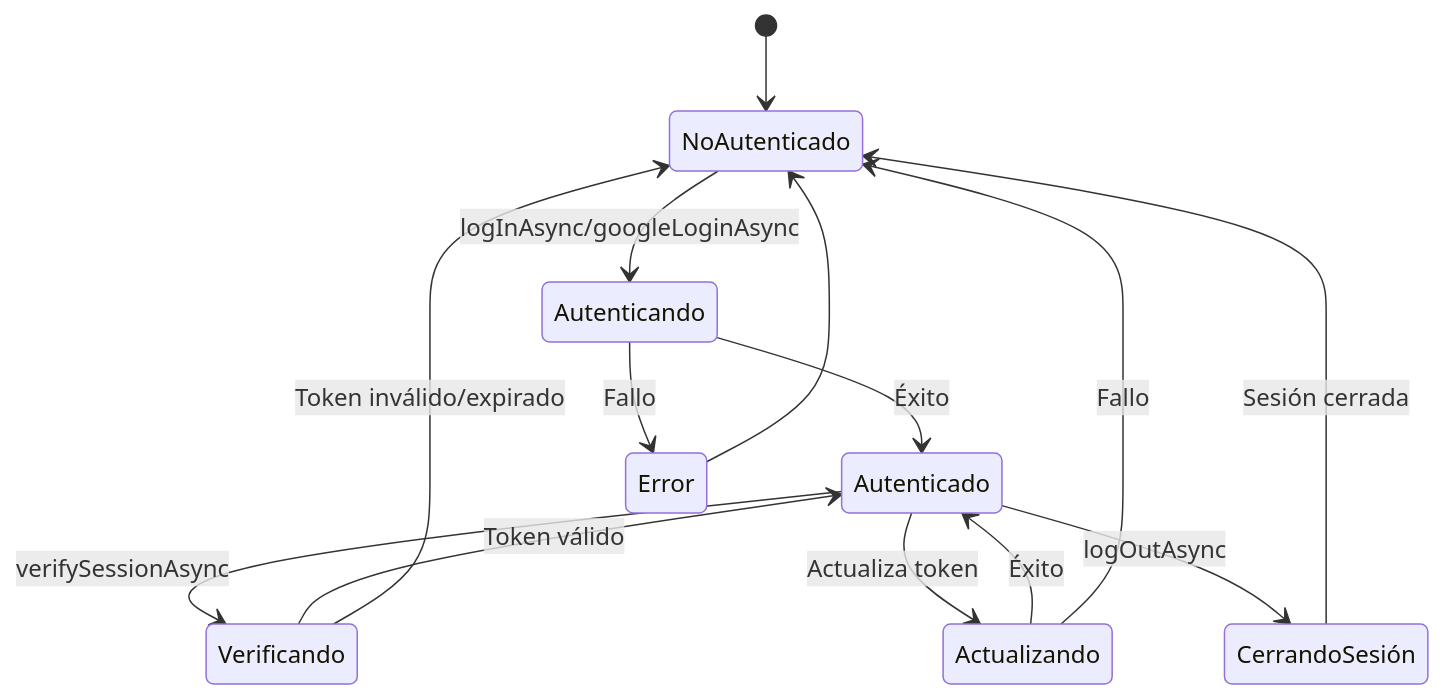
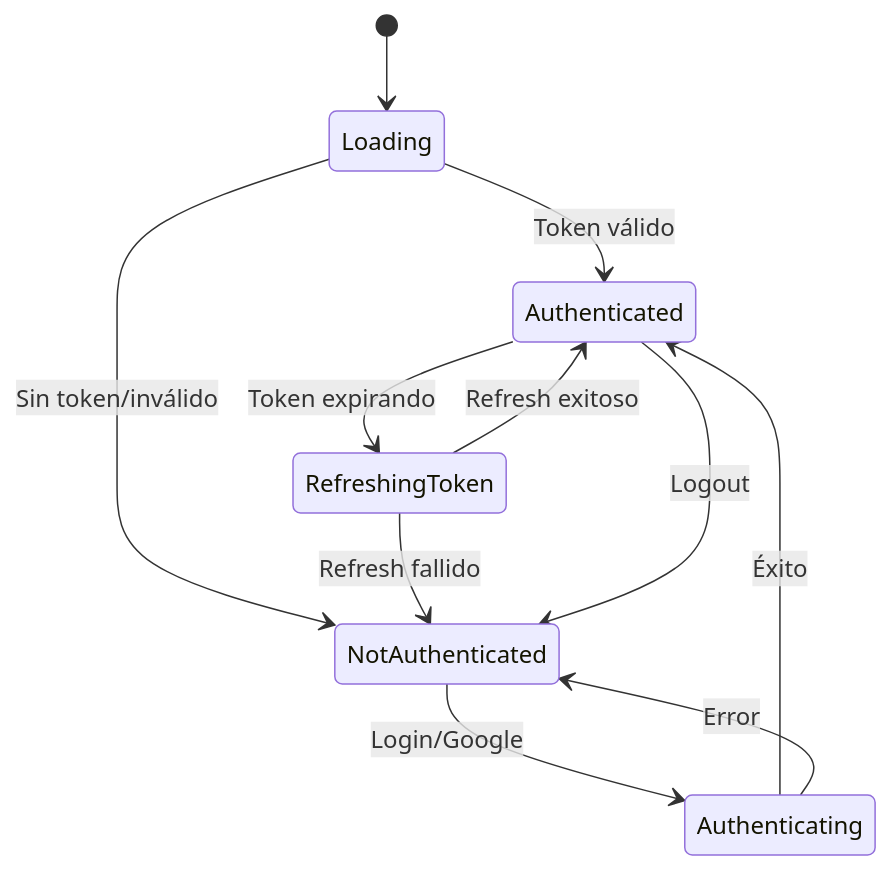
One commit to ConverxaDevTeam/chat-frontend changed the second of 4 diagrams in docu/auth-diagrams.md. Above: the diagram before and after it, drawn with Mermaid. The commit also changed other lines of this file and 5 other files, not shown here.

````diff
--- a/docu/auth-diagrams.md
+++ b/docu/auth-diagrams.md
@@ -108,19 +27,16 @@
 ```mermaid
 stateDiagram-v2
-    [*] --> NoAutenticado
-    NoAutenticado --> Autenticando: logInAsync/googleLoginAsync
-    Autenticando --> Autenticado: Éxito
-    Autenticando --> Error: Fallo
-    Error --> NoAutenticado
+    [*] --> Loading
+    Loading --> Authenticated: Token válido
+    Loading --> NotAuthenticated: Sin token/inválido
     
-    Autenticado --> Verificando: verifySessionAsync
-    Verificando --> Autenticado: Token válido
-    Verificando --> NoAutenticado: Token inválido/expirado
+    NotAuthenticated --> Authenticating: Login/Google
+    Authenticating --> Authenticated: Éxito
+    Authenticating --> NotAuthenticated: Error
     
-    Autenticado --> Actualizando: Actualiza token
-    Actualizando --> Autenticado: Éxito
-    Actualizando --> NoAutenticado: Fallo
+    Authenticated --> RefreshingToken: Token expirando
+    RefreshingToken --> Authenticated: Refresh exitoso
+    RefreshingToken --> NotAuthenticated: Refresh fallido
     
-    Autenticado --> CerrandoSesión: logOutAsync
-    CerrandoSesión --> NoAutenticado: Sesión cerrada
+    Authenticated --> NotAuthenticated: Logout
 ```
````
